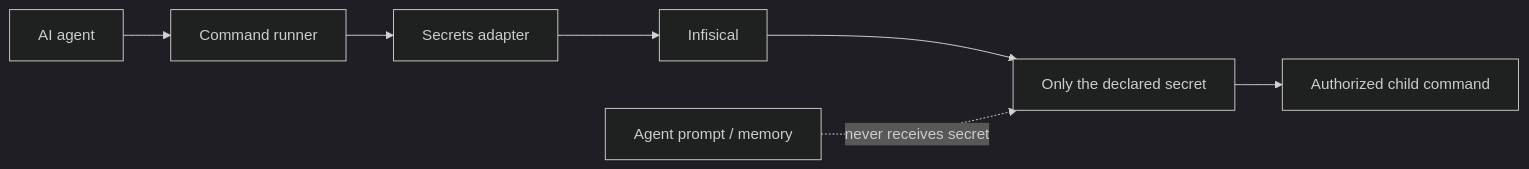
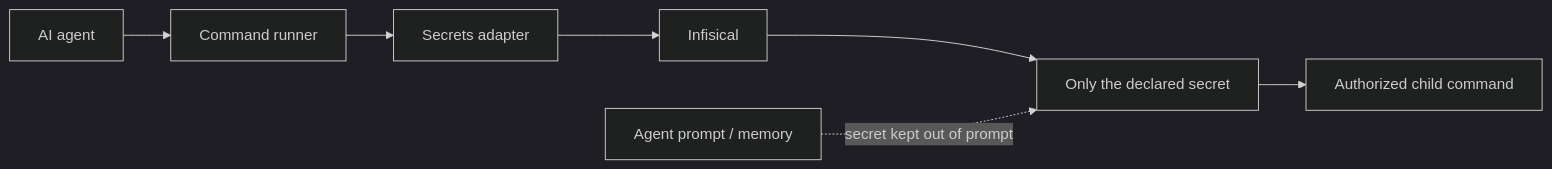
One commit to starodubtsevconsulting/ai-fleas changed the first of 2 diagrams in notes/2026-09-16-where-do-your-agents-keep-the-keys.md. Above: the diagram before and after it, drawn with Mermaid (dark theme). The commit also changed other lines of this file and 21 other files, not shown here.

````diff
--- a/notes/2026-09-16-where-do-your-agents-keep-the-keys.md
+++ b/notes/2026-09-16-where-do-your-agents-keep-the-keys.md
@@ -25,10 +25,10 @@
 ```mermaid
 flowchart LR
     A[AI agent] --> B[Command runner]
     B --> C[Secrets adapter]
     C --> D[Infisical]
     D --> E[Only the declared secret]
     E --> F[Authorized child command]
 
-    G[Agent prompt / memory] -. never receives secret .-> E
+    G[Agent prompt / memory] -. secret kept out of prompt .-> E
 ```
````
